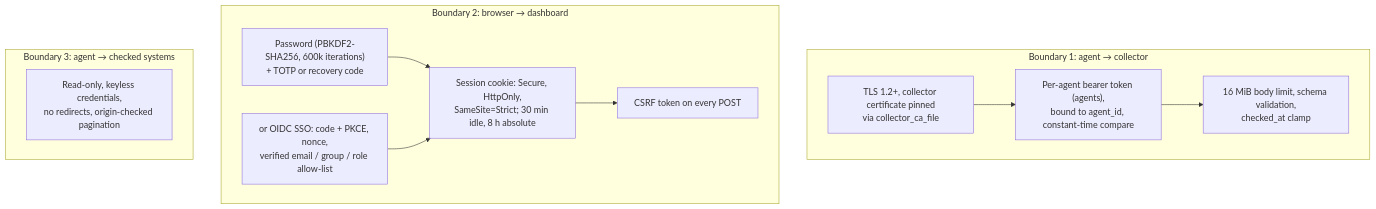
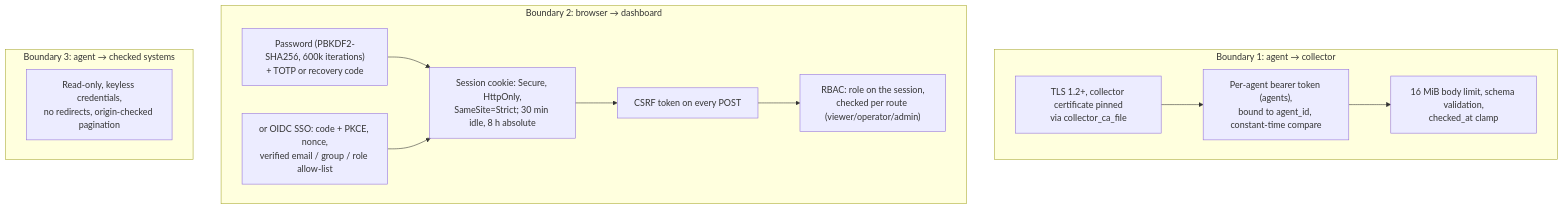
One commit to Joao-Paulino/expiry-radar changed the fourth of 5 diagrams in docs/ARCHITECTURE.md. Above: the diagram before and after it, drawn with Mermaid. The commit also changed other lines of this file and 4 other files, not shown here.

````diff
--- a/docs/ARCHITECTURE.md
+++ b/docs/ARCHITECTURE.md
@@ -205,15 +223,16 @@
 ```mermaid
 flowchart TB
     subgraph TB1["Boundary 1: agent → collector"]
         a["TLS 1.2+, collector certificate pinned<br/>via collector_ca_file"] --> b["Per-agent bearer token (agents),<br/>bound to agent_id, constant-time compare"]
         b --> c["16 MiB body limit, schema validation,<br/>checked_at clamp"]
     end
     subgraph TB2["Boundary 2: browser → dashboard"]
         d["Password (PBKDF2-SHA256, 600k iterations)<br/>+ TOTP or recovery code"] --> e["Session cookie: Secure, HttpOnly,<br/>SameSite=Strict; 30 min idle, 8 h absolute"]
         d2["or OIDC SSO: code + PKCE, nonce,<br/>verified email / group / role allow-list"] --> e
         e --> f["CSRF token on every POST"]
+        f --> rb["RBAC: role on the session,<br/>checked per route (viewer/operator/admin)"]
     end
     subgraph TB3["Boundary 3: agent → checked systems"]
         g["Read-only, keyless credentials,<br/>no redirects, origin-checked pagination"]
     end
 ```
````
